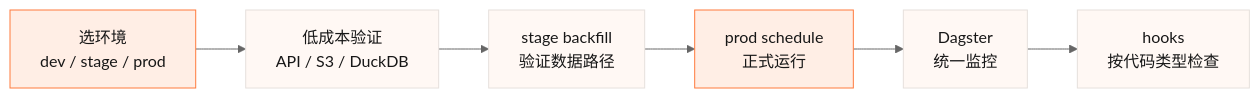
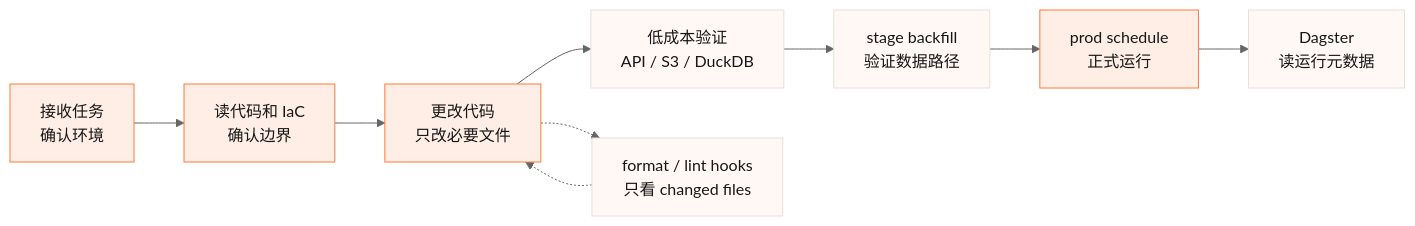
One commit to tihaya-anon/reporting changed the diagram in reports/data-agent/diagrams/agent-workflow.mmd. Above: the diagram before and after it, drawn with Mermaid (neutral theme). The commit also changed 19 other files, not shown here.

```diff
--- a/reports/data-agent/diagrams/agent-workflow.mmd
+++ b/reports/data-agent/diagrams/agent-workflow.mmd
@@ -1,10 +1,13 @@
 flowchart LR
-  A["选环境<br/>dev / stage / prod"] --> B["低成本验证<br/>API / S3 / DuckDB"]
-  B --> C["stage backfill<br/>验证数据路径"]
-  C --> D["prod schedule<br/>正式运行"]
-  D --> E["Dagster<br/>统一监控"]
-  E --> F["hooks<br/>按代码类型检查"]
+  A["接收任务<br/>确认环境"] --> B["读代码和 IaC<br/>确认边界"]
+  B --> C["更改代码<br/>只改必要文件"]
+  C --> D["低成本验证<br/>API / S3 / DuckDB"]
+  D --> E["stage backfill<br/>验证数据路径"]
+  E --> F["prod schedule<br/>正式运行"]
+  F --> G["Dagster<br/>读运行元数据"]
+  C -.-> H["format / lint hooks<br/>只看 changed files"]
+  H -.-> C
 
   classDef default fill:#FFEEE5,stroke:#FF7A3D,color:#171717,stroke-width:1px;
   classDef evidence fill:#FFF8F4,stroke:#E6E0DC,color:#171717,stroke-width:1px;
-  class B,C,E,F evidence;
+  class D,E,G,H evidence;
```
